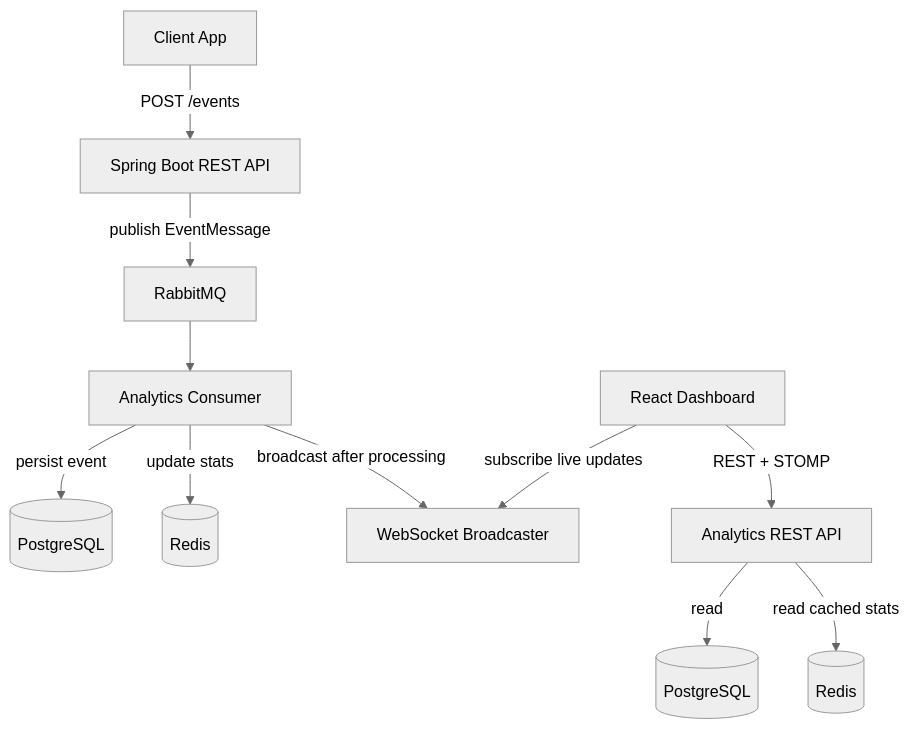
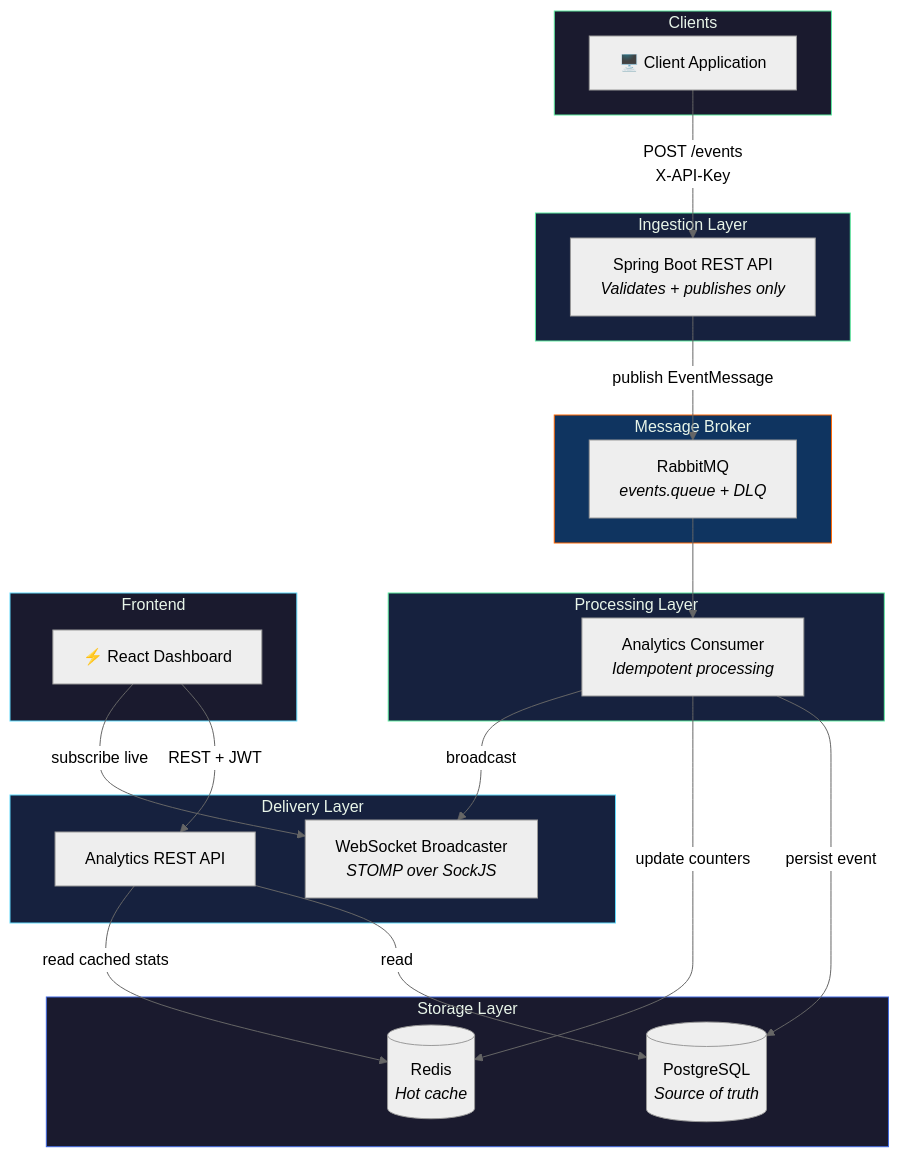
Before and after one commit to Abdul-Rafy2005/pulseflow: the diagram in README.md, drawn with Mermaid (neutral theme). The commit also changed other lines of this file, not shown here.

````diff
--- a/README.md
+++ b/README.md
@@ -10,28 +86,51 @@
 ```mermaid
 flowchart TB
-    ClientApp[Client App]
-    API[Spring Boot REST API]
-    RMQ[RabbitMQ]
-    Dashboard[React Dashboard]
+    subgraph Clients
+        ClientApp["🖥️ Client Application"]
+    end
 
-    ClientApp -->|POST /events| API
-    API -->|publish EventMessage| RMQ
-    
-        Consumer[Analytics Consumer]
-        PG[(PostgreSQL)]
-        Redis1[(Redis)]
-        WS[WebSocket Broadcaster]
-        RMQ --> Consumer
-        Consumer -->|persist event| PG
-        Consumer -->|update stats| Redis1
-        Consumer -->|broadcast after processing| WS
+    subgraph Ingestion["Ingestion Layer"]
+        API["Spring Boot REST API<br/><i>Validates + publishes only</i>"]
+    end
 
-        AnalyticsAPI[Analytics REST API]
-        PG2[(PostgreSQL)]
-        Redis2[(Redis)]
-        AnalyticsAPI -->|read| PG2
-        AnalyticsAPI -->|read cached stats| Redis2
+    subgraph Messaging["Message Broker"]
+        RMQ["RabbitMQ<br/><i>events.queue + DLQ</i>"]
+    end
 
-    Dashboard -->|REST + STOMP| AnalyticsAPI
-    Dashboard -->|subscribe live updates| WS
+    subgraph Processing["Processing Layer"]
+        Consumer["Analytics Consumer<br/><i>Idempotent processing</i>"]
+    end
+
+    subgraph Storage["Storage Layer"]
+        PG[("PostgreSQL<br/><i>Source of truth</i>")]
+        Redis[("Redis<br/><i>Hot cache</i>")]
+    end
+
+    subgraph Delivery["Delivery Layer"]
+        WS["WebSocket Broadcaster<br/><i>STOMP over SockJS</i>"]
+        AnalyticsAPI["Analytics REST API"]
+    end
+
+    subgraph Frontend["Frontend"]
+        Dashboard["⚡ React Dashboard"]
+    end
+
+    ClientApp -->|"POST /events<br/>X-API-Key"| API
+    API -->|"publish EventMessage"| RMQ
+    RMQ --> Consumer
+    Consumer -->|"persist event"| PG
+    Consumer -->|"update counters"| Redis
+    Consumer -->|"broadcast"| WS
+    AnalyticsAPI -->|"read"| PG
+    AnalyticsAPI -->|"read cached stats"| Redis
+    Dashboard -->|"REST + JWT"| AnalyticsAPI
+    Dashboard -->|"subscribe live"| WS
+
+    style Clients fill:#1a1a2e,stroke:#5EEAA0,color:#E8F5E9
+    style Ingestion fill:#16213e,stroke:#5EEAA0,color:#E8F5E9
+    style Messaging fill:#0f3460,stroke:#FF6600,color:#E8F5E9
+    style Processing fill:#16213e,stroke:#5EEAA0,color:#E8F5E9
+    style Storage fill:#1a1a2e,stroke:#4169E1,color:#E8F5E9
+    style Delivery fill:#16213e,stroke:#61DAFB,color:#E8F5E9
+    style Frontend fill:#1a1a2e,stroke:#61DAFB,color:#E8F5E9
 ```
````
